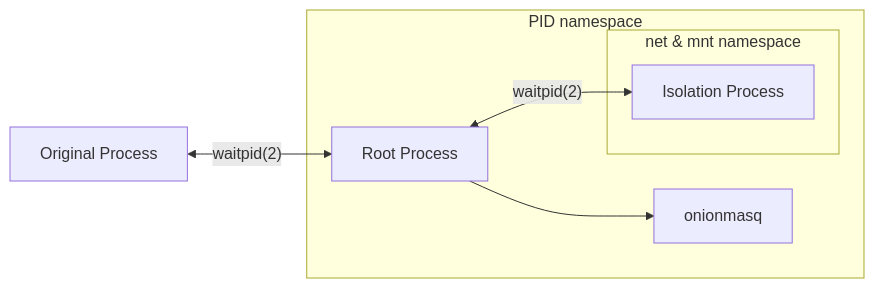
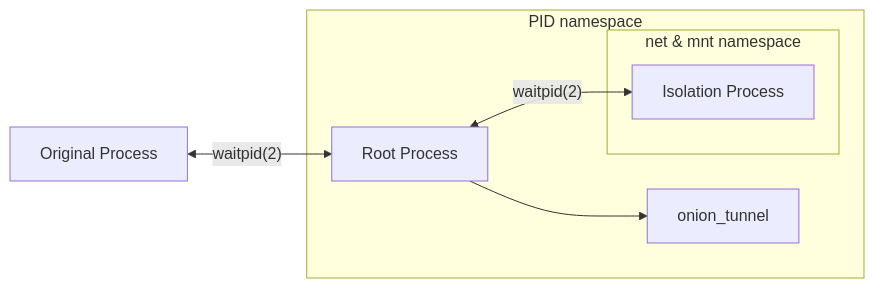
One commit to Crackd-jack/oniux changed the diagram in README.md. Above: the diagram before and after it, drawn with Mermaid. The commit also changed other lines of this file and 3 other files, not shown here.

````diff
--- a/README.md
+++ b/README.md
@@ -57,11 +56,11 @@
 ```mermaid
 graph LR
     A[Original Process] -- waitpid(2) <--> B
     subgraph root[PID namespace]
     subgraph isolation[net & mnt namespace]
     C[Isolation Process]
     end
     B[Root Process] -- waitpid(2) <--> C[Isolation Process]
-    B --> D[onionmasq]
+    B --> D[onion_tunnel]
     end
 ```
````
